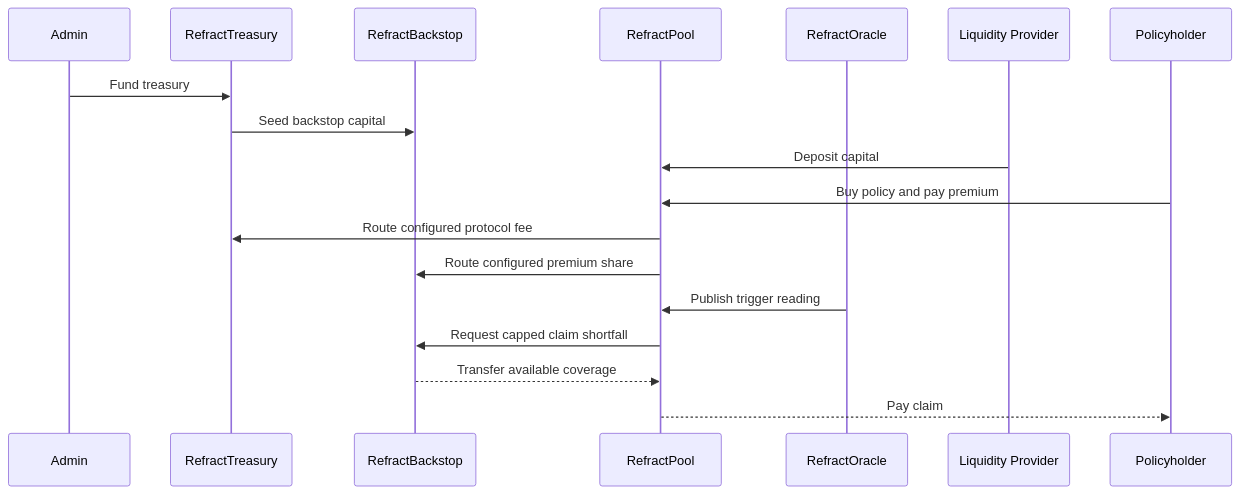
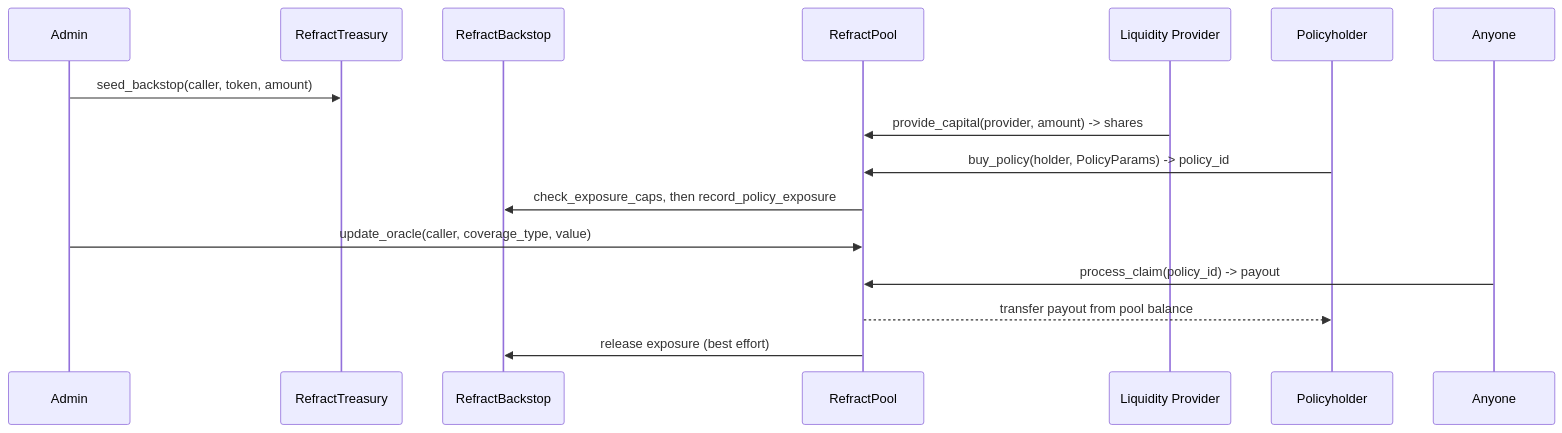
The diagram in docs/golden-path-lifecycle.md (Refract-Protocol/refract-contracts), drawn with Mermaid before and after one commit. The commit also changed other lines of this file, not shown here.

````diff
--- a/docs/golden-path-lifecycle.md
+++ b/docs/golden-path-lifecycle.md
@@ -3,21 +10,19 @@
 ```mermaid
 sequenceDiagram
     participant Admin
     participant Treasury as RefractTreasury
     participant Backstop as RefractBackstop
     participant Pool as RefractPool
-    participant Oracle as RefractOracle
     participant LP as Liquidity Provider
     participant Holder as Policyholder
+    participant Anyone
 
-    Admin->>Treasury: Fund treasury
-    Treasury->>Backstop: Seed backstop capital
-    LP->>Pool: Deposit capital
-    Holder->>Pool: Buy policy and pay premium
-    Pool->>Treasury: Route configured protocol fee
-    Pool->>Backstop: Route configured premium share
-    Oracle->>Pool: Publish trigger reading
-    Pool->>Backstop: Request capped claim shortfall
-    Backstop-->>Pool: Transfer available coverage
-    Pool-->>Holder: Pay claim
+    Admin->>Treasury: seed_backstop(caller, token, amount)
+    LP->>Pool: provide_capital(provider, amount) -> shares
+    Holder->>Pool: buy_policy(holder, PolicyParams) -> policy_id
+    Pool->>Backstop: check_exposure_caps, then record_policy_exposure
+    Admin->>Pool: update_oracle(caller, coverage_type, value)
+    Anyone->>Pool: process_claim(policy_id) -> payout
+    Pool-->>Holder: transfer payout from pool balance
+    Pool->>Backstop: release exposure (best effort)
 ```
````
